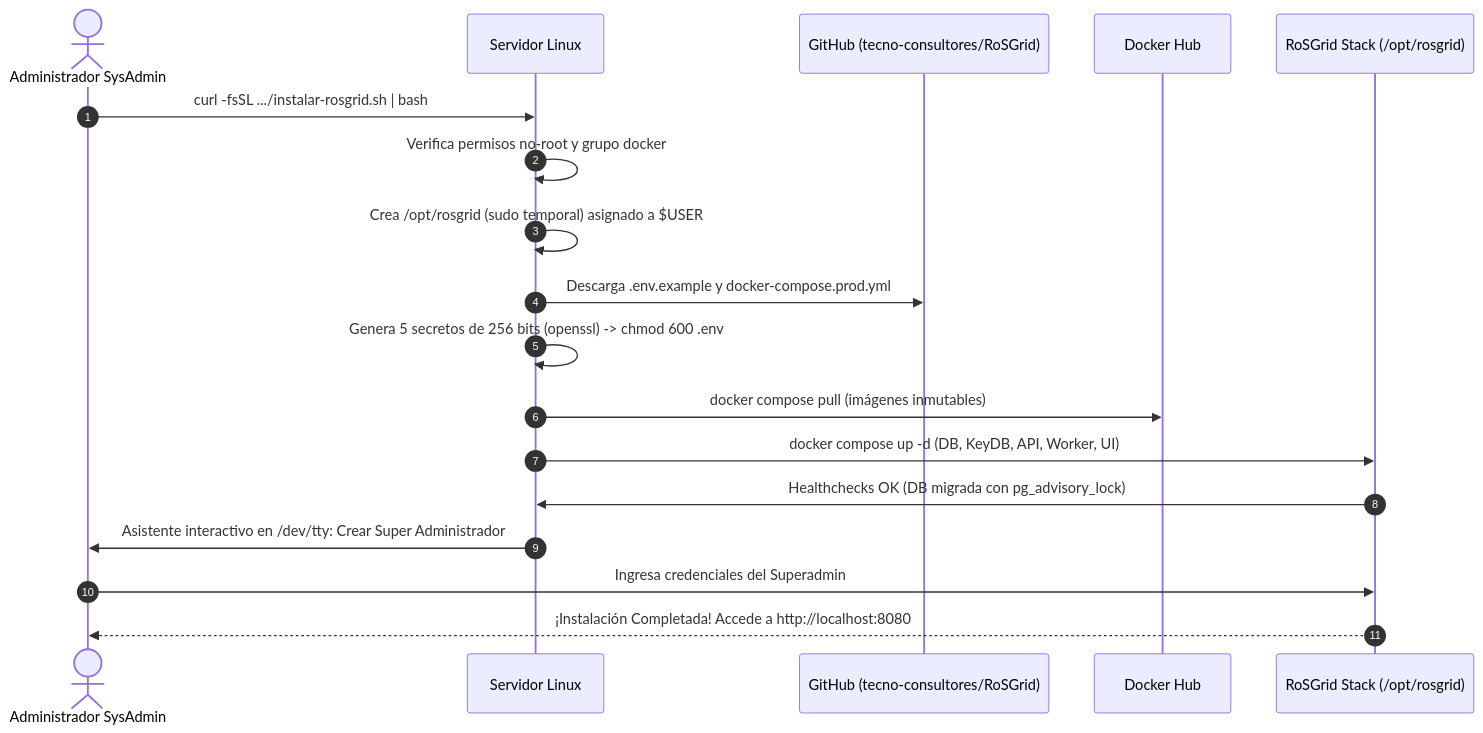
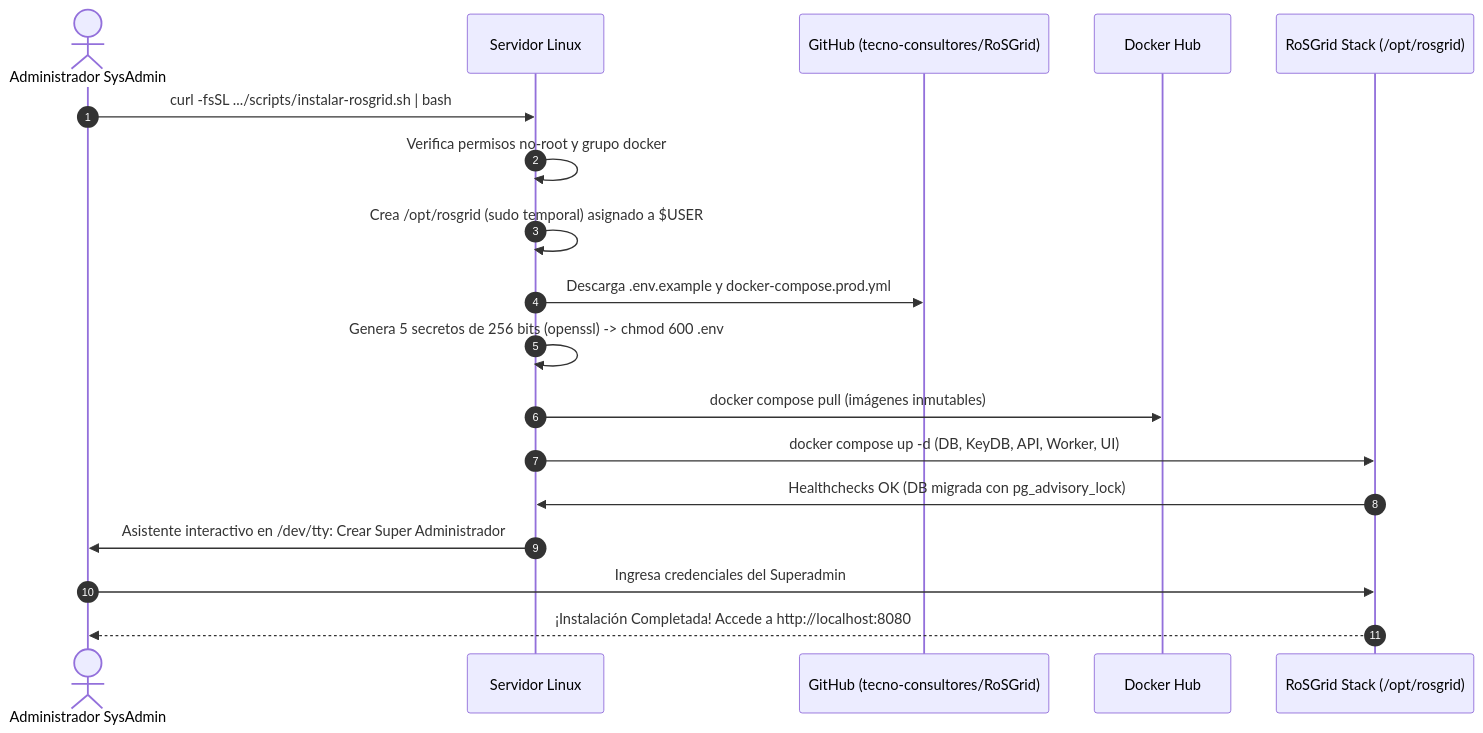
The third of 5 diagrams in docs/01_GUIA_DESPLIEGUE_Y_ENTORNO.md (tecno-consultores/RoSGrid), drawn with Mermaid before and after one commit. The commit also changed other lines of this file and 38 other files, not shown here.

````diff
--- a/docs/01_GUIA_DESPLIEGUE_Y_ENTORNO.md
+++ b/docs/01_GUIA_DESPLIEGUE_Y_ENTORNO.md
@@ -170,21 +170,21 @@
 ```mermaid
 sequenceDiagram
     autonumber
     actor Admin as Administrador SysAdmin
     participant Host as Servidor Linux
     participant GH as GitHub (tecno-consultores/RoSGrid)
     participant Hub as Docker Hub
     participant Stack as RoSGrid Stack (/opt/rosgrid)
 
-    Admin->>Host: curl -fsSL .../instalar-rosgrid.sh | bash
+    Admin->>Host: curl -fsSL .../scripts/instalar-rosgrid.sh | bash
     Host->>Host: Verifica permisos no-root y grupo docker
     Host->>Host: Crea /opt/rosgrid (sudo temporal) asignado a $USER
     Host->>GH: Descarga .env.example y docker-compose.prod.yml
     Host->>Host: Genera 5 secretos de 256 bits (openssl) -> chmod 600 .env
     Host->>Hub: docker compose pull (imágenes inmutables)
     Host->>Stack: docker compose up -d (DB, KeyDB, API, Worker, UI)
     Stack->>Host: Healthchecks OK (DB migrada con pg_advisory_lock)
     Host->>Admin: Asistente interactivo en /dev/tty: Crear Super Administrador
     Admin->>Stack: Ingresa credenciales del Superadmin
     Stack-->>Admin: ¡Instalación Completada! Accede a http://localhost:8080
 ```
````
